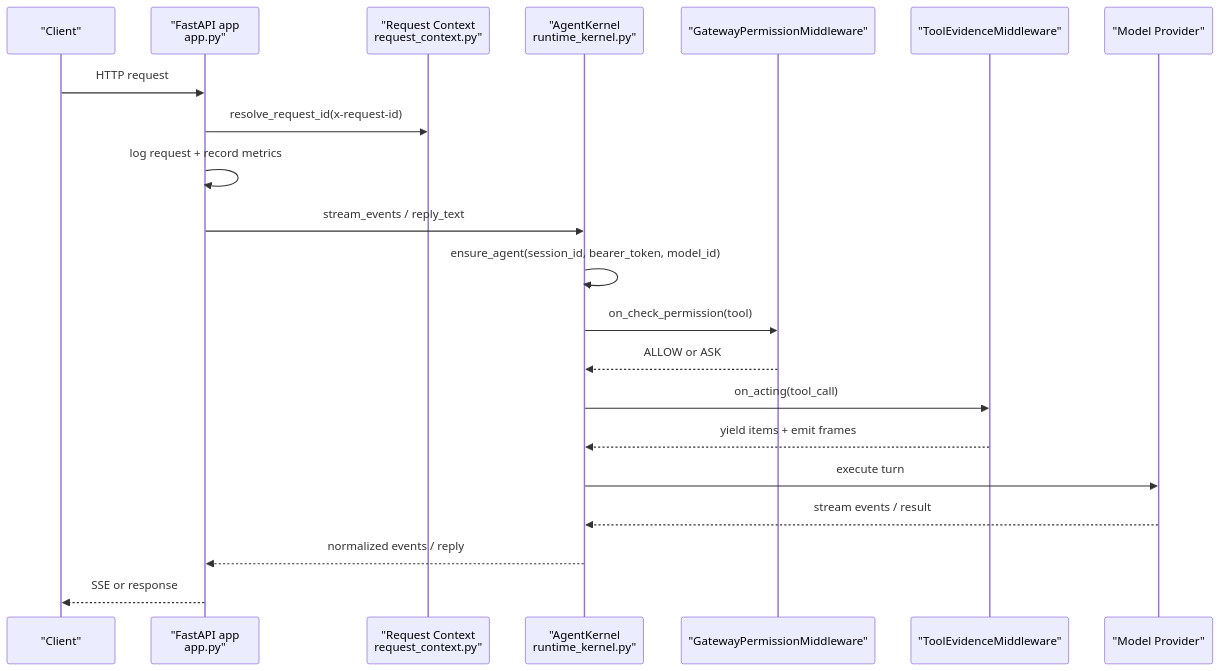
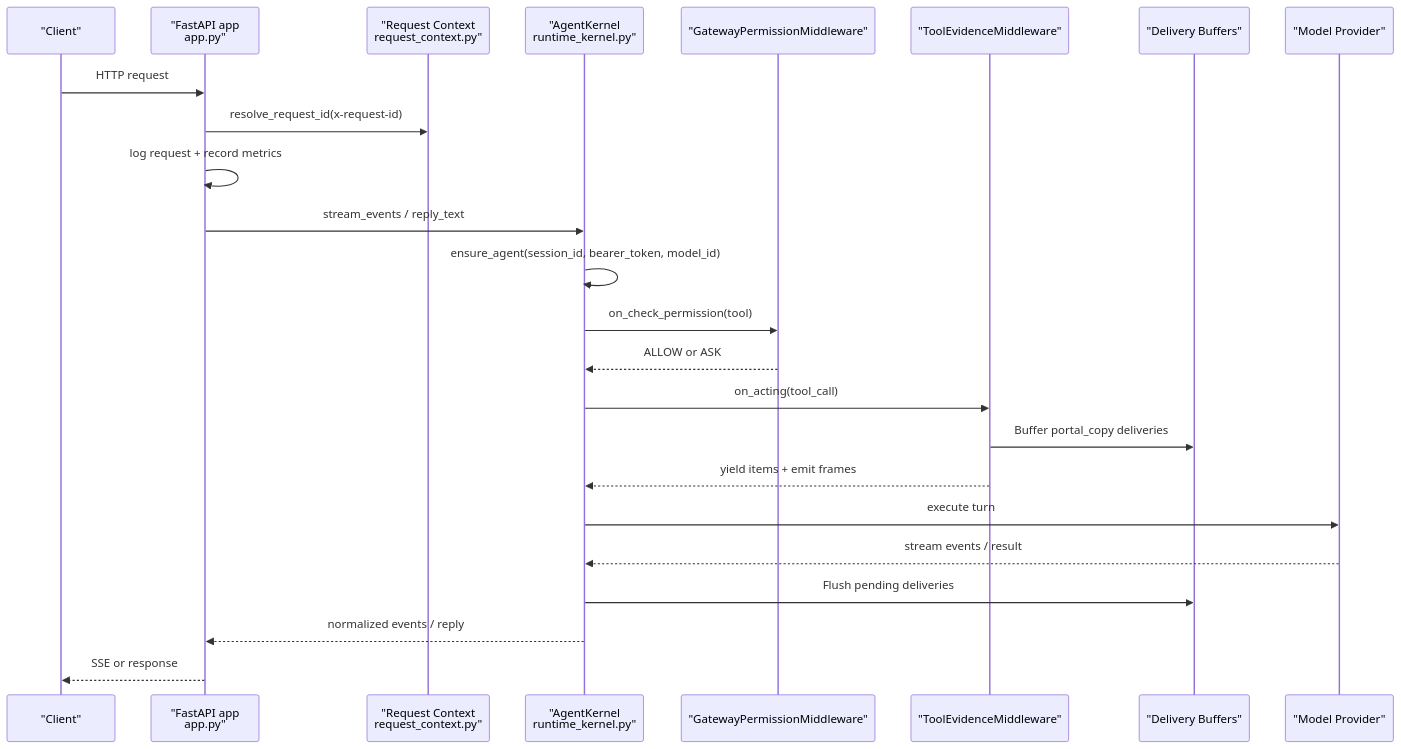
Before and after one commit to metasync/luban-aiops: the second of 9 diagrams in .qoder/repowiki/en/content/Core Services/Agent Platform/Runtime Kernel and Middleware.md, drawn with Mermaid. The commit also changed other lines of this file and 56 other files, not shown here.

````diff
--- a/.qoder/repowiki/en/content/Core Services/Agent Platform/Runtime Kernel and Middleware.md
+++ b/.qoder/repowiki/en/content/Core Services/Agent Platform/Runtime Kernel and Middleware.md
@@ -108,23 +113,26 @@
 ```mermaid
 sequenceDiagram
 participant Client as "Client"
 participant App as "FastAPI app<br/>app.py"
 participant RC as "Request Context<br/>request_context.py"
 participant Kernel as "AgentKernel<br/>runtime_kernel.py"
 participant Perm as "GatewayPermissionMiddleware"
 participant Evidence as "ToolEvidenceMiddleware"
+participant Buf as "Delivery Buffers"
 participant Provider as "Model Provider"
 Client->>App : HTTP request
 App->>RC : resolve_request_id(x-request-id)
 App->>App : log request + record metrics
 App->>Kernel : stream_events / reply_text
 Kernel->>Kernel : ensure_agent(session_id, bearer_token, model_id)
 Kernel->>Perm : on_check_permission(tool)
 Perm-->>Kernel : ALLOW or ASK
 Kernel->>Evidence : on_acting(tool_call)
+Evidence->>Buf : Buffer portal_copy deliveries
 Evidence-->>Kernel : yield items + emit frames
 Kernel->>Provider : execute turn
 Provider-->>Kernel : stream events / result
+Kernel->>Buf : Flush pending deliveries
 Kernel-->>App : normalized events / reply
 App-->>Client : SSE or response
 ```
````
